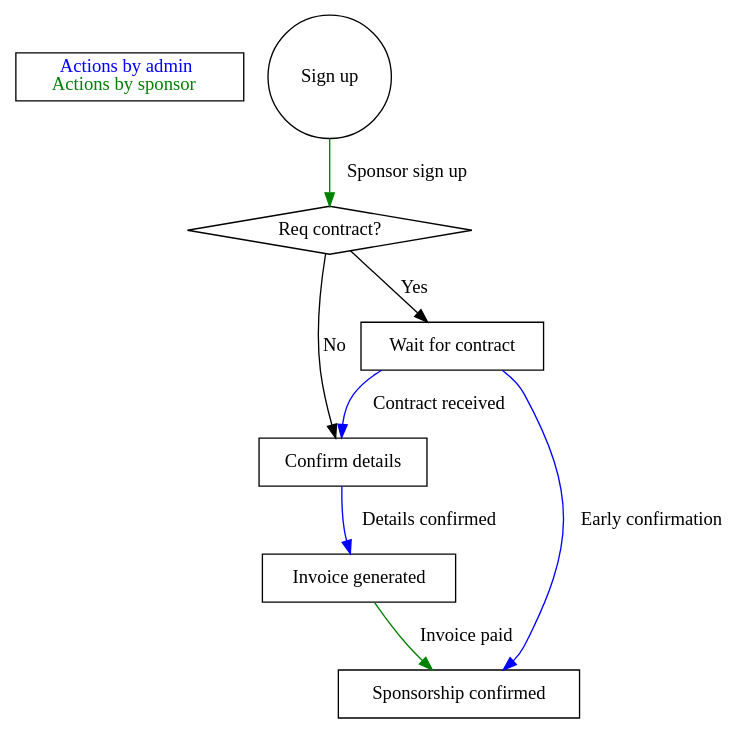
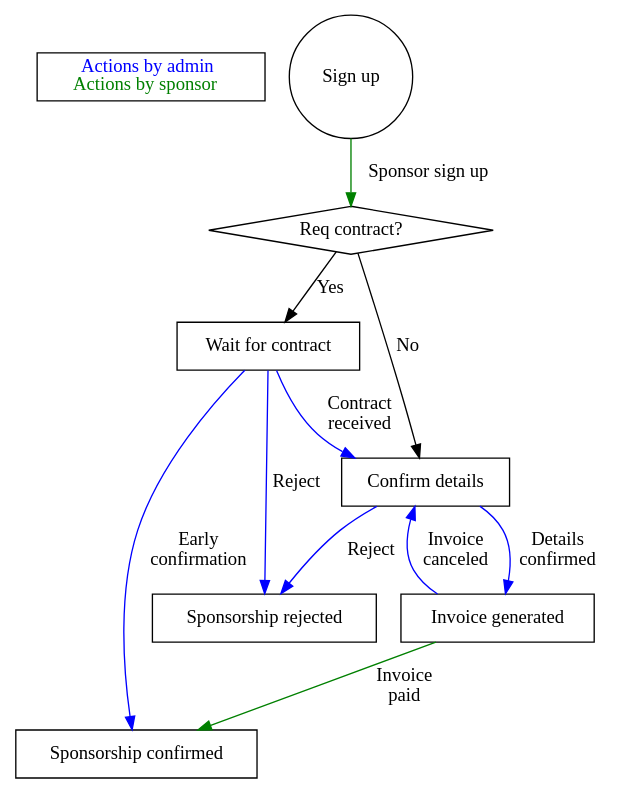
One commit to pgeu/pgeu-system changed the diagram in docs/confreg/graphs/sponsorsignup.dot. Above: the diagram before and after it, drawn with Graphviz. The commit also changed 5 other files, not shown here.

First line of the commit message:
Make it possible to reject a sponsorship

```diff
--- a/docs/confreg/graphs/sponsorsignup.dot
+++ b/docs/confreg/graphs/sponsorsignup.dot
@@ -1,23 +1,27 @@
 digraph sponsorsignup {
 	subgraph legend {
 		key[shape=box, label=<
 		    <font color="blue">Actions by admin</font><br/>
 		    <font color="green">Actions by sponsor</font><br/>
 		>, labeljust="l"]
 	}
 
 	start[shape=circle label="Sign up"];
 	type[shape=diamond label="Req contract?"];
 	confirm[shape=box label="Confirm details"];
 	invoice[shape=box label="Invoice generated"];
 	contract[shape=box label="Wait for contract"];
 	confirmed[shape=box label="Sponsorship confirmed"];
+	rejected[shape=box label="Sponsorship rejected"];
 
 	start -> type [label="Sponsor sign up", color=green];
 	type -> contract [label="Yes"];
 	type -> confirm [label="No"];
-	confirm -> invoice [label="Details confirmed", color=blue];
-	contract -> confirm [label="Contract received", color=blue];
-	contract -> confirmed [label="Early confirmation", color=blue];
-	invoice -> confirmed [label="Invoice paid", color=green];
+	confirm -> invoice [label="Details\nconfirmed", color=blue];
+	contract -> confirm [label="Contract\nreceived", color=blue];
+	contract -> confirmed [label="Early\nconfirmation", color=blue];
+	invoice -> confirmed [label="Invoice\npaid", color=green];
+	invoice -> confirm [label="Invoice\ncanceled", color=blue];
+	confirm -> rejected [label="Reject", color=blue];
+	contract -> rejected [label="Reject", color=blue];
 }
```
